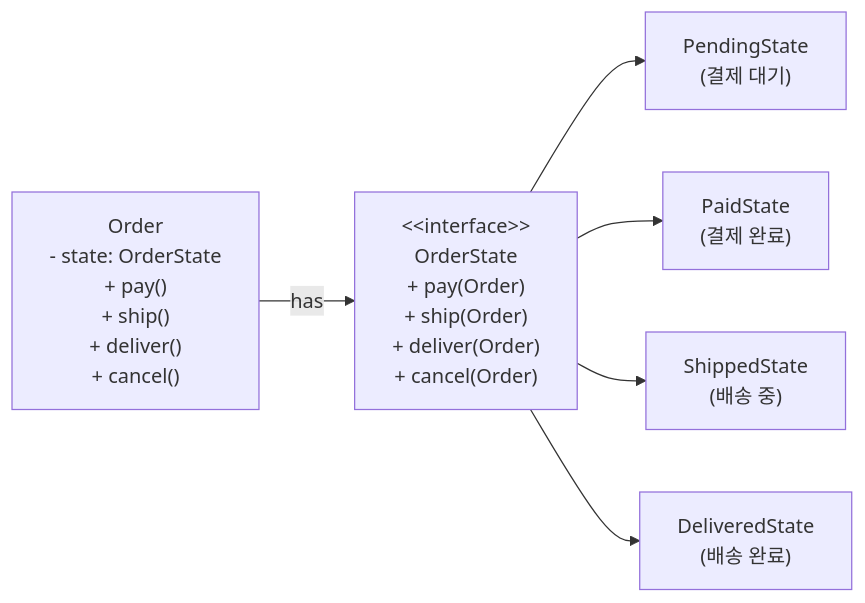
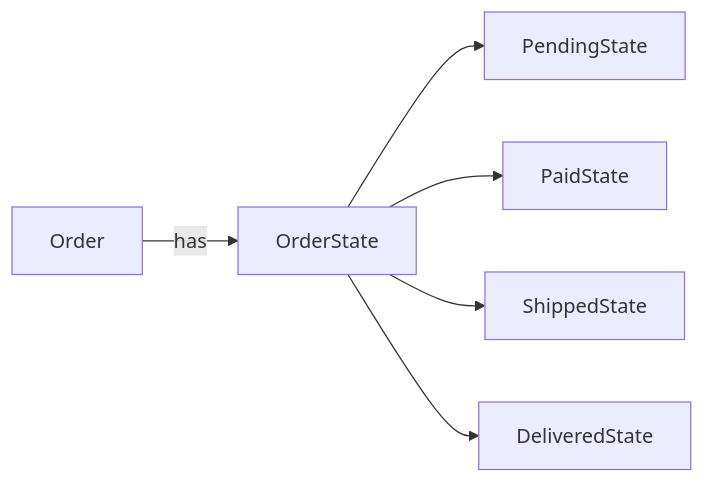
Before and after one commit to yjkim2015/yjkim2015.github.io: the fifth of 8 diagrams in _posts/designPattern/2026-05-12-behavioral-patterns.md, drawn with Mermaid. The commit also changed other lines of this file and 245 other files, not shown here.

First line of the commit message:
Mermaid 다이어그램 전면 수정 + 면접 포인트 접기/펼치기 + DB 데드락 페이지

````diff
--- a/_posts/designPattern/2026-05-12-behavioral-patterns.md
+++ b/_posts/designPattern/2026-05-12-behavioral-patterns.md
@@ -635,8 +635,8 @@
 ```mermaid
 graph LR
-    Context["Order\n- state: OrderState\n+ pay()\n+ ship()\n+ deliver()\n+ cancel()"] -->|has| State["&lt;&lt;interface&gt;&gt;\nOrderState\n+ pay(Order)\n+ ship(Order)\n+ deliver(Order)\n+ cancel(Order)"]
-    State --> Pending["PendingState\n(결제 대기)"]
-    State --> Paid["PaidState\n(결제 완료)"]
-    State --> Shipped["ShippedState\n(배송 중)"]
-    State --> Delivered["DeliveredState\n(배송 완료)"]
+    Context["Order"] -->|has| State["OrderState"]
+    State --> Pending["PendingState"]
+    State --> Paid["PaidState"]
+    State --> Shipped["ShippedState"]
+    State --> Delivered["DeliveredState"]
 ```
````
